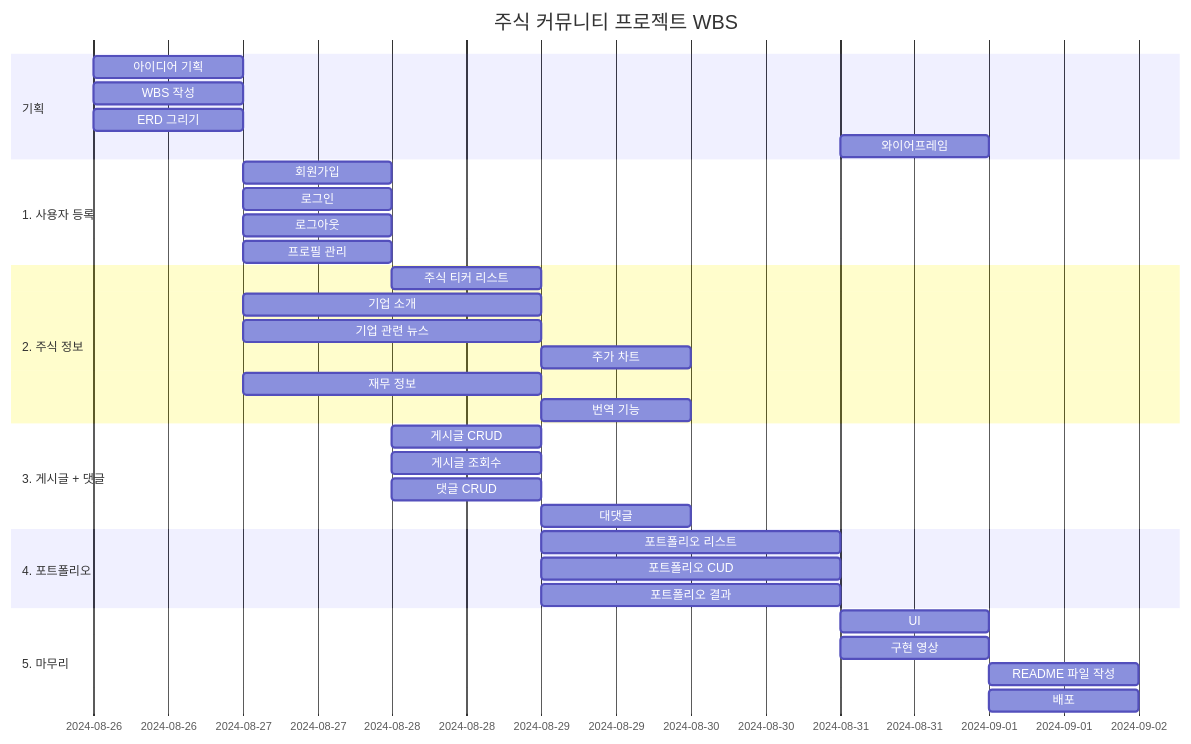
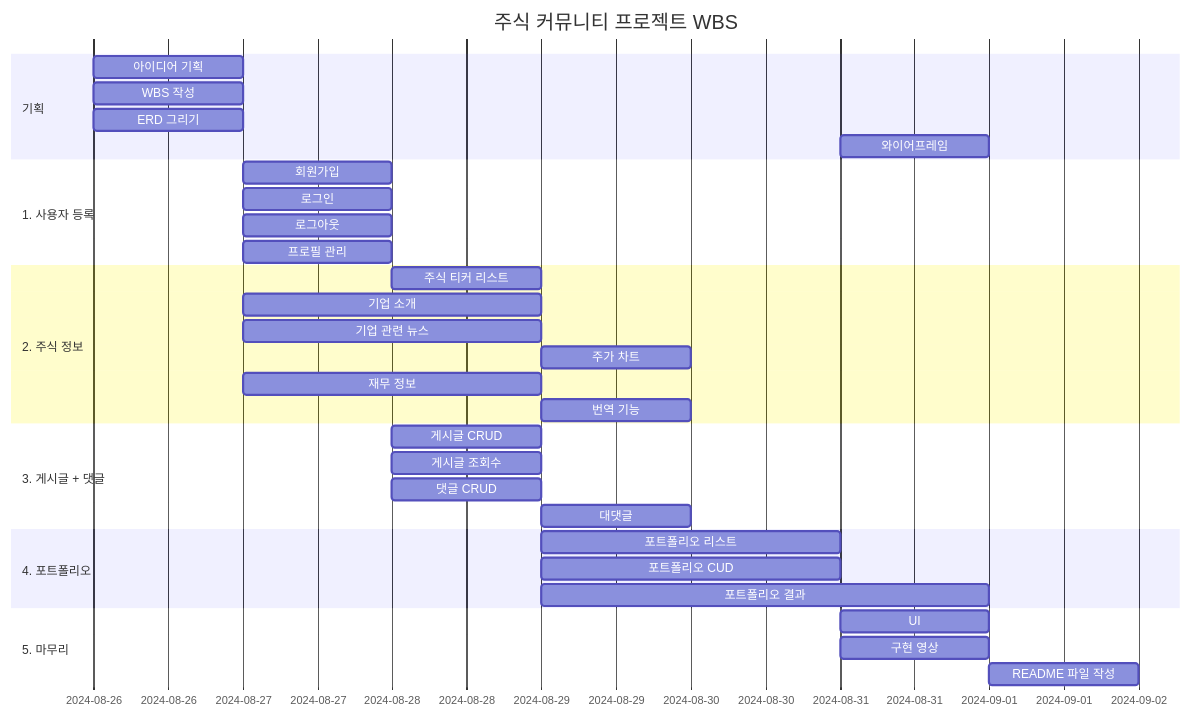
One commit to Donggyu-Kim1/stalk changed the first of 3 diagrams in README.md. Above: the diagram before and after it, drawn with Mermaid. The commit also changed other lines of this file, not shown here.

````diff
--- a/README.md
+++ b/README.md
@@ -228,42 +227,41 @@
 ```mermaid
 gantt
     title 주식 커뮤니티 프로젝트 WBS
     dateFormat  YYYY-MM-DD HH:mm
 
     section 기획
     아이디어 기획      :2024-08-26, 1d
     WBS 작성          :2024-08-26, 1d
     ERD 그리기         :2024-08-26, 1d
     와이어프레임        :2024-08-31, 1d
 
     section 1. 사용자 등록
     회원가입           :2024-08-27, 1d
     로그인             :2024-08-27, 1d
     로그아웃           :2024-08-27, 1d
     프로필 관리         :2024-08-27, 1d
 
     section 2. 주식 정보
     주식 티커 리스트     :2024-08-28, 1d
     기업 소개          :2024-08-27, 2d
     기업 관련 뉴스      :2024-08-27, 2d
     주가 차트          :2024-08-29, 1d
     재무 정보          :2024-08-27, 2d
     번역 기능          :2024-08-29, 1d
 
     section 3. 게시글 + 댓글
     게시글 CRUD        :2024-08-28, 1d
     게시글 조회수       :2024-08-28, 1d
     댓글 CRUD          :2024-08-28, 1d
     대댓글             :2024-08-29, 1d
     
     section 4. 포트폴리오
     포트폴리오 리스트        :2024-08-29, 2d
     포트폴리오 CUD       :2024-08-29, 2d
-    포트폴리오 결과         :2024-08-29, 2d
+    포트폴리오 결과         :2024-08-29, 3d
 
     section 5. 마무리
     UI                :2024-08-31, 1d
     구현 영상          :2024-08-31, 1d
     README 파일 작성   :2024-09-01, 1d
-    배포              :2024-09-01, 1d
 ```
````
